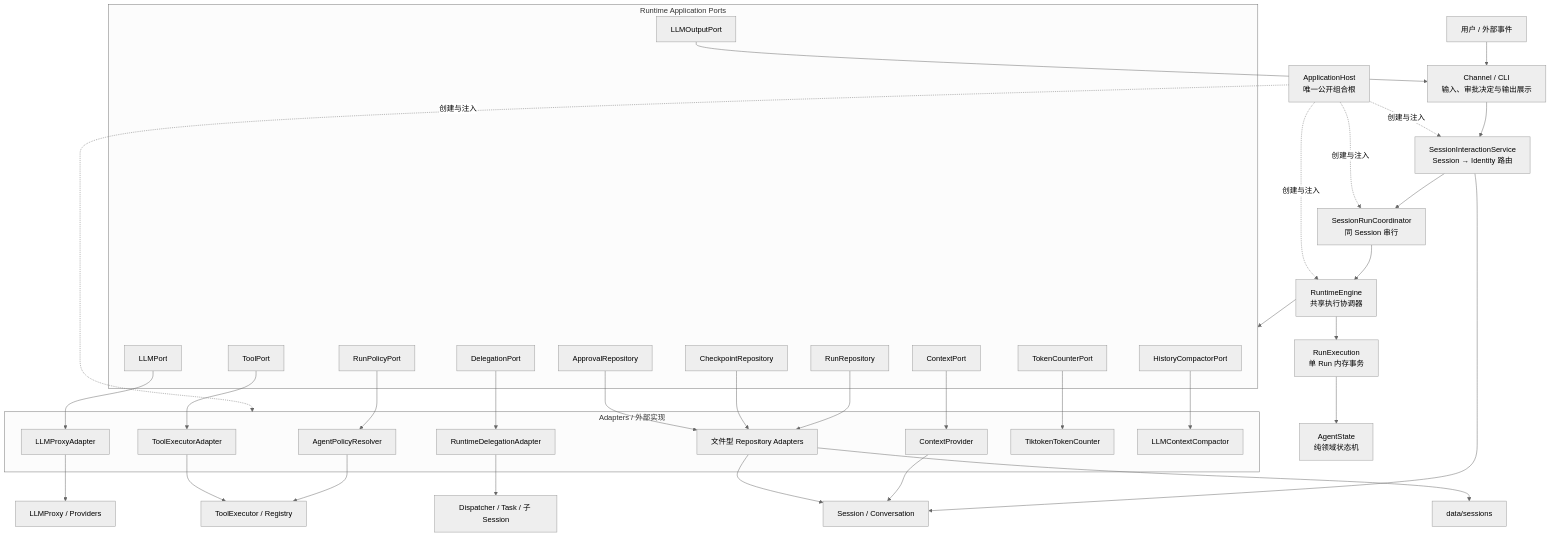
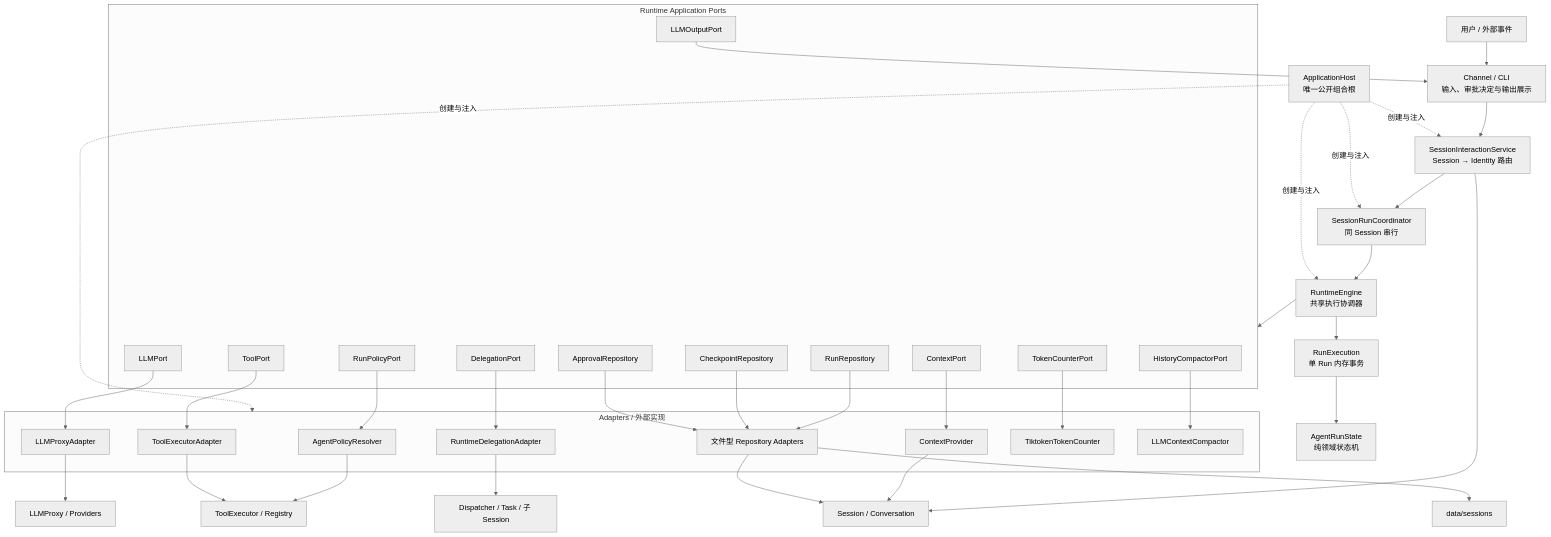
Before and after one commit to aandbcct/dotClaw: the first of 14 diagrams in docs/wiki/Runtime 模块总体说明.md, drawn with Mermaid (neutral theme). The commit also changed other lines of this file and 12 other files, not shown here.

````diff
--- a/docs/wiki/Runtime 模块总体说明.md
+++ b/docs/wiki/Runtime 模块总体说明.md
@@ -107,76 +107,76 @@
 ```mermaid
 flowchart TB
     User["用户 / 外部事件"]
     Channel["Channel / CLI<br/>输入、审批决定与输出展示"]
     App["SessionInteractionService<br/>Session → Identity 路由"]
     Coordinator["SessionRunCoordinator<br/>同 Session 串行"]
     Engine["RuntimeEngine<br/>共享执行协调器"]
     Execution["RunExecution<br/>单 Run 内存事务"]
-    State["AgentState<br/>纯领域状态机"]
+    State["AgentRunState<br/>纯领域状态机"]
 
     subgraph Ports["Runtime Application Ports"]
         PolicyPort["RunPolicyPort"]
         ContextPort["ContextPort"]
         LLMPort["LLMPort"]
         OutputPort["LLMOutputPort"]
         ToolPort["ToolPort"]
         DelegationPort["DelegationPort"]
         RunRepo["RunRepository"]
         CheckpointRepo["CheckpointRepository"]
         ApprovalRepo["ApprovalRepository"]
         TokenPort["TokenCounterPort"]
         CompactorPort["HistoryCompactorPort"]
     end
 
     subgraph Adapters["Adapters / 外部实现"]
         PolicyAdapter["AgentPolicyResolver"]
         ContextAdapter["ContextProvider"]
         LLMAdapter["LLMProxyAdapter"]
         ToolAdapter["ToolExecutorAdapter"]
         DelegationAdapter["RuntimeDelegationAdapter"]
         FileRepos["文件型 Repository Adapters"]
         TokenAdapter["TiktokenTokenCounter"]
         CompactorAdapter["LLMContextCompactor"]
     end
 
     Session["Session / Conversation"]
     LLM["LLMProxy / Providers"]
     Tool["ToolExecutor / Registry"]
     Orchestration["Dispatcher / Task / 子 Session"]
     Storage["data/sessions"]
     Host["ApplicationHost<br/>唯一公开组合根"]
 
     User --> Channel
     Channel --> App
     App --> Coordinator
     Coordinator --> Engine
     Engine --> Execution
     Execution --> State
     Engine --> Ports
 
     PolicyPort --> PolicyAdapter
     ContextPort --> ContextAdapter
     LLMPort --> LLMAdapter
     OutputPort --> Channel
     ToolPort --> ToolAdapter
     DelegationPort --> DelegationAdapter
     RunRepo --> FileRepos
     CheckpointRepo --> FileRepos
     ApprovalRepo --> FileRepos
     TokenPort --> TokenAdapter
     CompactorPort --> CompactorAdapter
 
     App --> Session
     PolicyAdapter --> Tool
     ContextAdapter --> Session
     LLMAdapter --> LLM
     ToolAdapter --> Tool
     DelegationAdapter --> Orchestration
     FileRepos --> Storage
     FileRepos --> Session
 
     Host -.创建与注入.-> App
     Host -.创建与注入.-> Coordinator
     Host -.创建与注入.-> Engine
     Host -.创建与注入.-> Adapters
 ```
````
